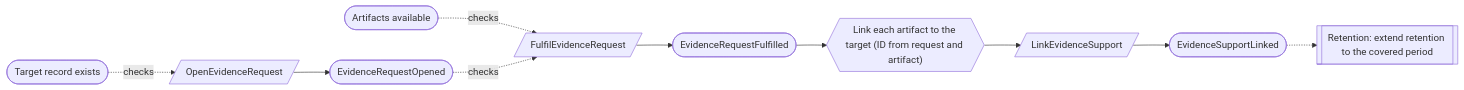
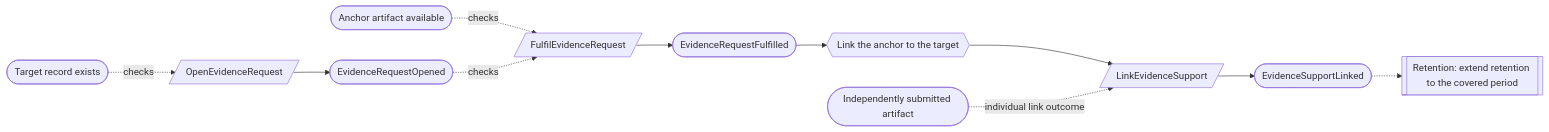
Before and after one commit to bdgrz/compliance-core: the third of 5 diagrams in docs/proposed/contexts/evidence.md, drawn with Mermaid. The commit also changed other lines of this file and 1812 other files, not shown here.

````diff
--- a/docs/proposed/contexts/evidence.md
+++ b/docs/proposed/contexts/evidence.md
@@ -194,9 +253,10 @@
 ```mermaid
 flowchart LR
     T([Target record exists]) -. checks .-> C1
     C1[/OpenEvidenceRequest/] --> E1([EvidenceRequestOpened])
-    A([Artifacts available]) -. checks .-> C2
+    A([Anchor artifact available]) -. checks .-> C2
     E1 -. checks .-> C2[/FulfilEvidenceRequest/] --> E2([EvidenceRequestFulfilled])
-    E2 --> R1{{"Link each artifact to the target (ID from request and artifact)"}} --> C3[/LinkEvidenceSupport/] --> E3([EvidenceSupportLinked])
+    E2 --> R1{{"Link the anchor to the target"}} --> C3[/LinkEvidenceSupport/] --> E3([EvidenceSupportLinked])
+    S([Independently submitted artifact]) -. individual link outcome .-> C3
     E3 -.-> X1[[Retention: extend retention to the covered period]]
 ```
````
